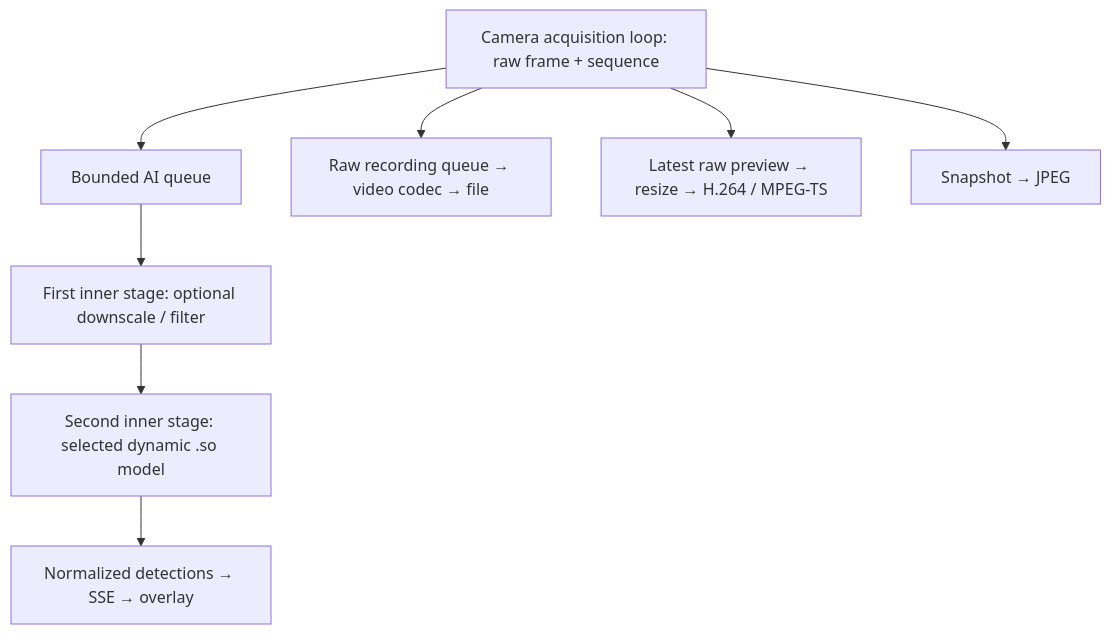
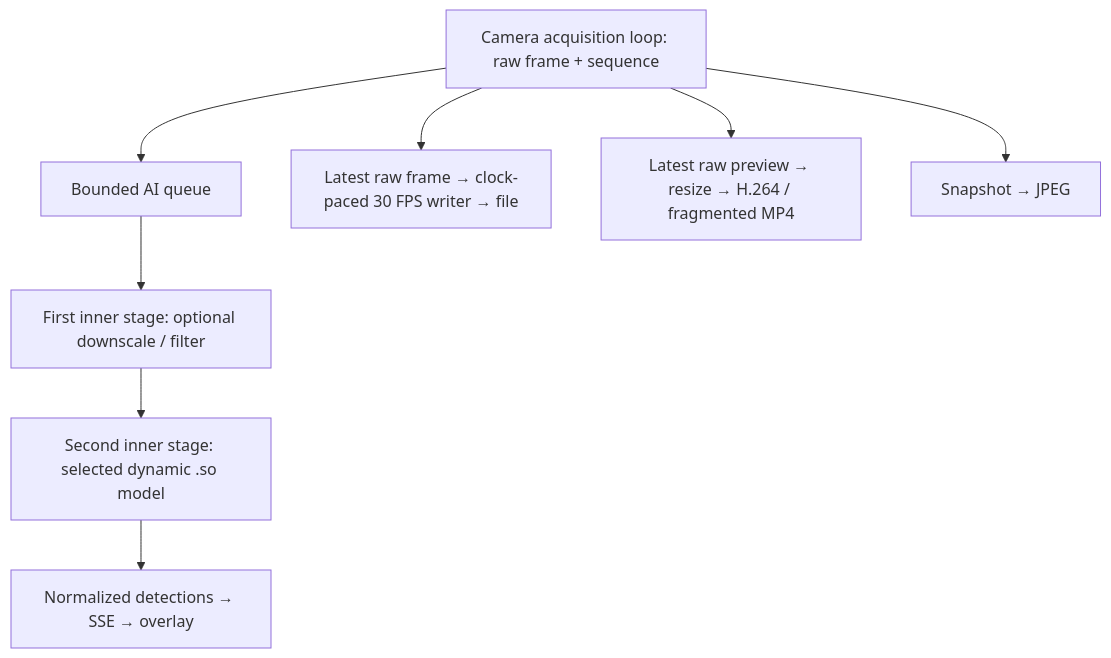
The diagram in README.md (Open-Source-Robotics-For-Myanmar/vision_ai_box), drawn with Mermaid before and after one commit. The commit also changed other lines of this file and 28 other files, not shown here.

````diff
--- a/README.md
+++ b/README.md
@@ -76,10 +80,10 @@
 ```mermaid
 flowchart TD
     A[Camera acquisition loop: raw frame + sequence] --> B[Bounded AI queue]
     B --> C[First inner stage: optional downscale / filter]
     C --> D[Second inner stage: selected dynamic .so model]
     D --> E[Normalized detections → SSE → overlay]
-    A --> F[Raw recording queue → video codec → file]
-    A --> G[Latest raw preview → resize → H.264 / MPEG-TS]
+    A --> F[Latest raw frame → clock-paced 30 FPS writer → file]
+    A --> G[Latest raw preview → resize → H.264 / fragmented MP4]
     A --> H[Snapshot → JPEG]
 ```
````
